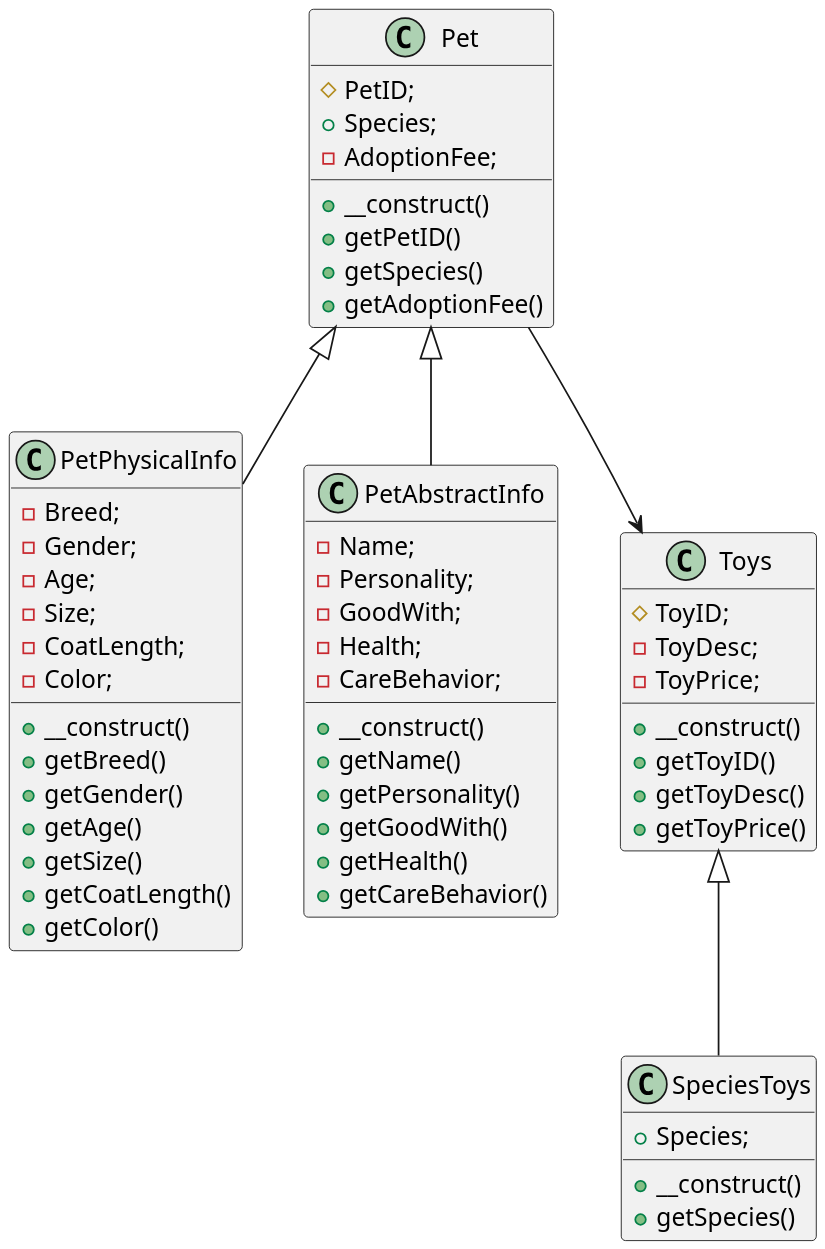
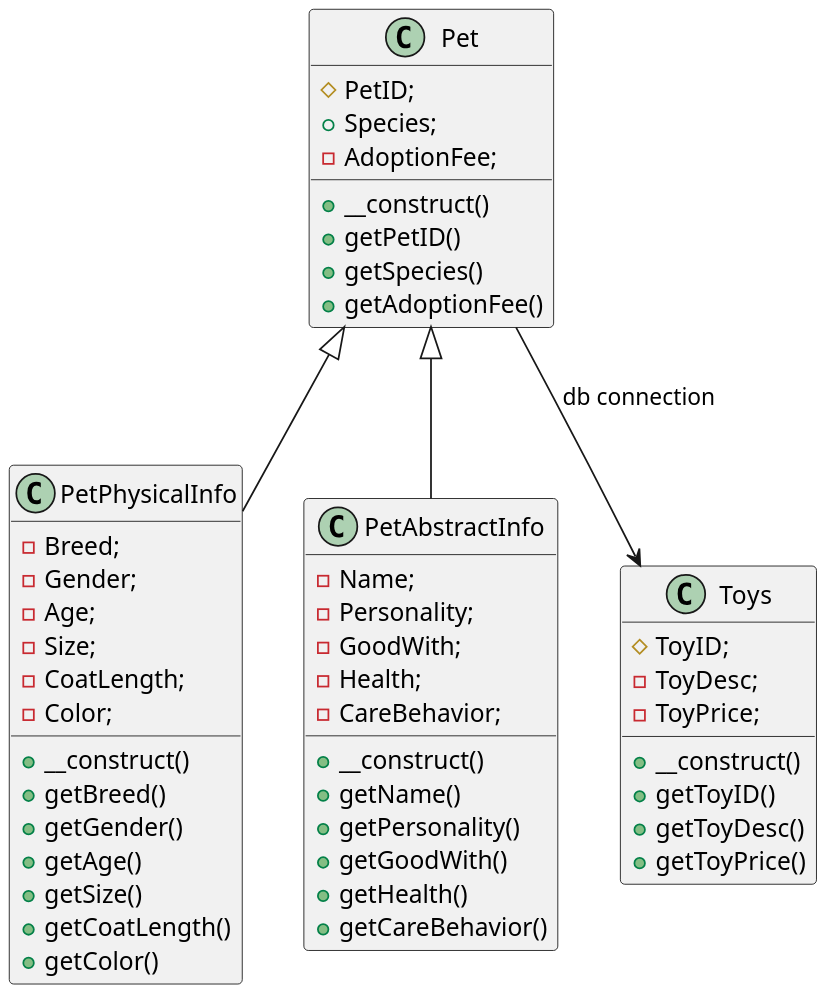
Before and after one commit to whoisjuarez/block3-adv-web: the diagram in project-1/pet-store.puml, drawn with PlantUML. The commit also changed 1 other file, not shown here.

```diff
--- a/project-1/pet-store.puml
+++ b/project-1/pet-store.puml
@@ -1,68 +1,61 @@
 @startuml Pet Adoption
 
 scale 1000 width
 
 class Pet {
    #PetID;
    +Species;
    -AdoptionFee;
 
    +__construct()
    +getPetID()
    +getSpecies()
    +getAdoptionFee()
 }
 
 class PetPhysicalInfo extends Pet{
    -Breed;
    -Gender;
    -Age;
    -Size;
    -CoatLength;
    -Color;
 
    +__construct()
    +getBreed()
    +getGender()
    +getAge()
    +getSize()
    +getCoatLength()
    +getColor()
 }
 
 class PetAbstractInfo extends Pet {
    -Name;
    -Personality;
    -GoodWith;
    -Health;
    -CareBehavior;
 
    +__construct()
    +getName()
    +getPersonality()
    +getGoodWith()
    +getHealth()
    +getCareBehavior()
 }
 
 class Toys {
    #ToyID;
    -ToyDesc;
    -ToyPrice;
 
    +__construct()
    +getToyID()
    +getToyDesc()
    +getToyPrice()
 }
 
-class SpeciesToys extends Toys {
-   +Species;
-
-   +__construct()
-   +getSpecies()
-}
-
-Pet --> Toys
+Pet --> Toys : db connection
 
 @enduml
```
